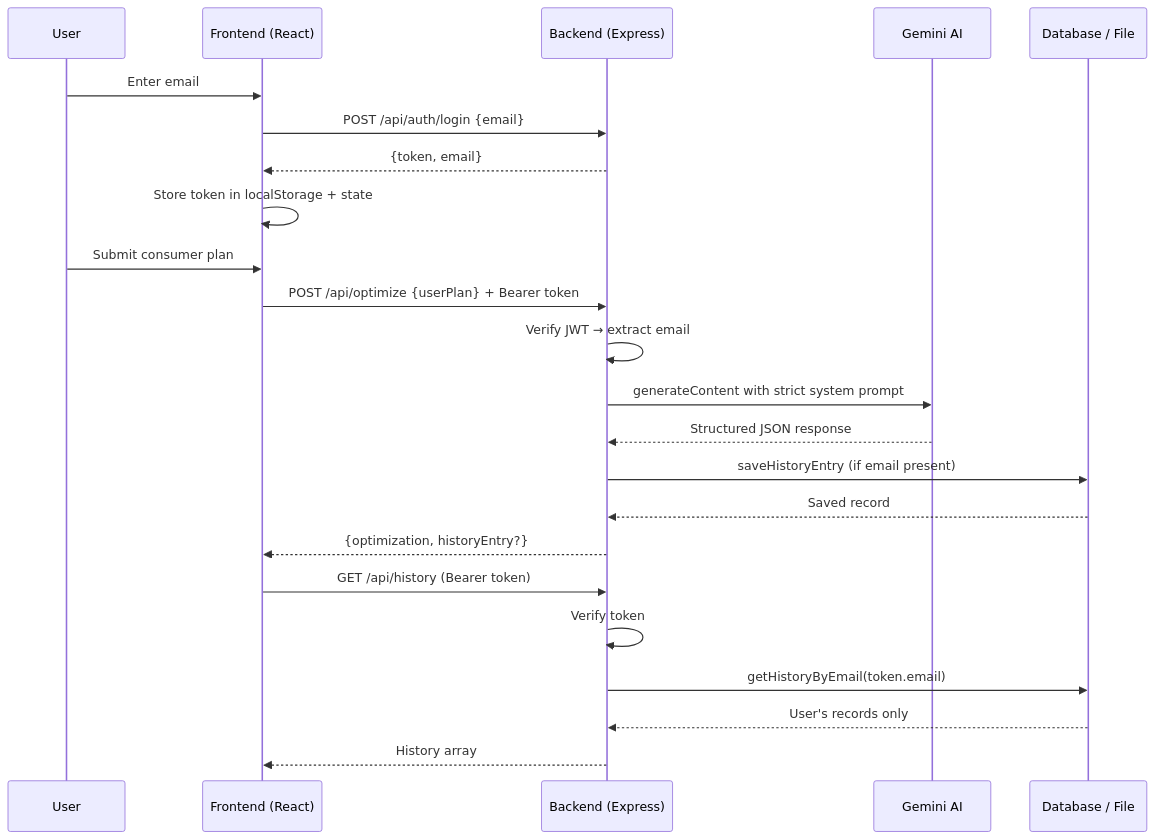
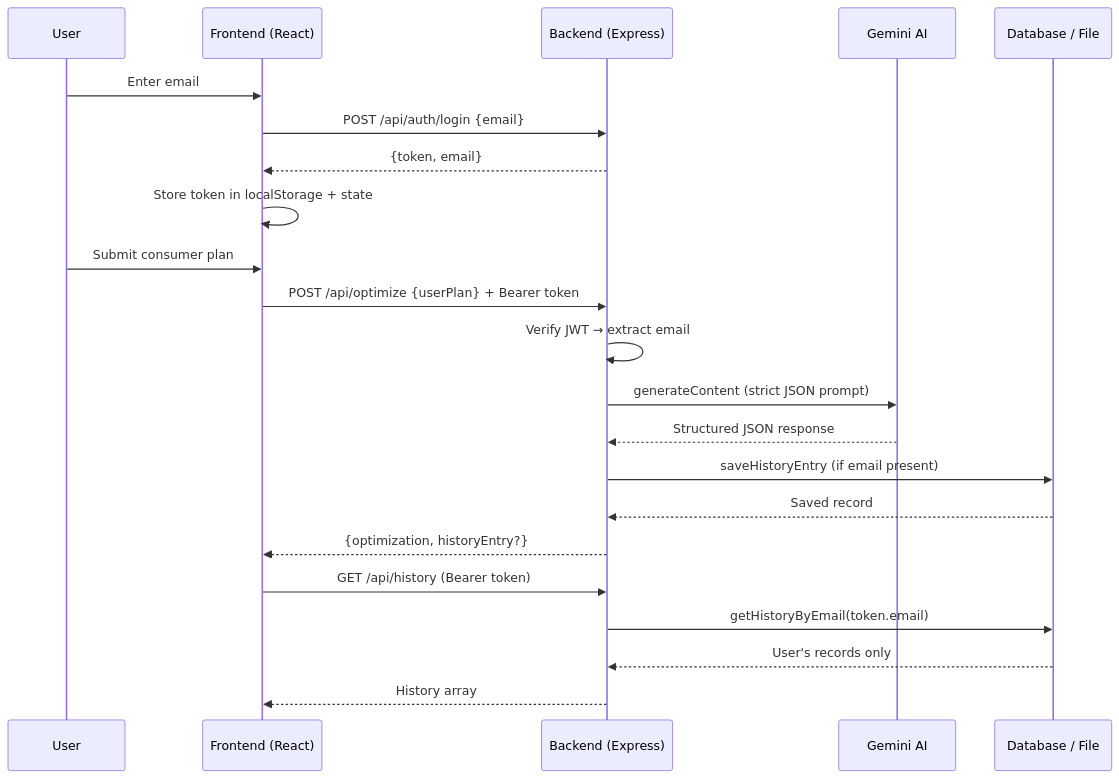
The diagram in ARCHITECTURE.md (amol16112005/smartswap), drawn with Mermaid before and after one commit. The commit also changed other lines of this file and 5 other files, not shown here.

Commit message:
Update all documentation for modular architecture, tests, CI, and Render deploy

````diff
--- a/ARCHITECTURE.md
+++ b/ARCHITECTURE.md
@@ -136,28 +152,27 @@
 ```mermaid
 sequenceDiagram
     participant U as User
     participant F as Frontend (React)
     participant B as Backend (Express)
     participant G as Gemini AI
     participant D as Database / File
 
     U->>F: Enter email
     F->>B: POST /api/auth/login {email}
     B-->>F: {token, email}
     F->>F: Store token in localStorage + state
 
     U->>F: Submit consumer plan
     F->>B: POST /api/optimize {userPlan} + Bearer token
     B->>B: Verify JWT → extract email
-    B->>G: generateContent with strict system prompt
+    B->>G: generateContent (strict JSON prompt)
     G-->>B: Structured JSON response
     B->>D: saveHistoryEntry (if email present)
     D-->>B: Saved record
     B-->>F: {optimization, historyEntry?}
 
     F->>B: GET /api/history (Bearer token)
-    B->>B: Verify token
     B->>D: getHistoryByEmail(token.email)
     D-->>B: User's records only
     B-->>F: History array
 ```
````
